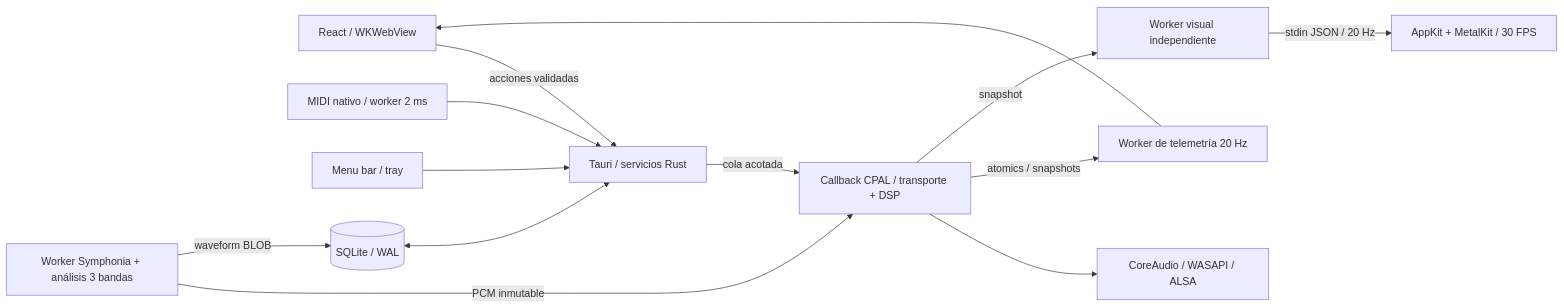
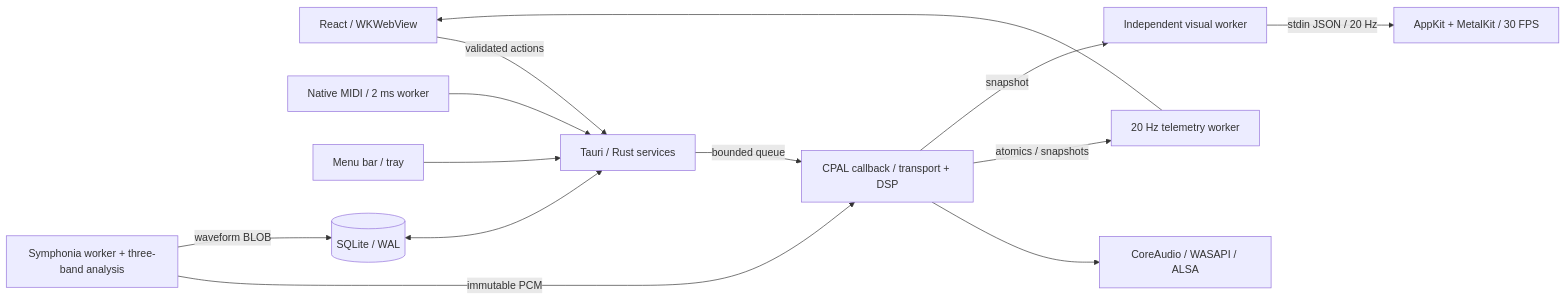
The diagram in docs/ARCHITECTURE.md (nu9ve/curado), drawn with Mermaid before and after one commit. The commit also changed other lines of this file and 17 other files, not shown here.

````diff
--- a/docs/ARCHITECTURE.md
+++ b/docs/ARCHITECTURE.md
@@ -5,15 +5,15 @@
 ```mermaid
 flowchart LR
-  UI[React / WKWebView] -->|acciones validadas| APP[Tauri / servicios Rust]
-  MIDI[MIDI nativo / worker 2 ms] --> APP
+  UI[React / WKWebView] -->|validated actions| APP[Tauri / Rust services]
+  MIDI[Native MIDI / 2 ms worker] --> APP
   TRAY[Menu bar / tray] --> APP
-  APP -->|cola acotada| AUDIO[Callback CPAL / transporte + DSP]
+  APP -->|bounded queue| AUDIO[CPAL callback / transport + DSP]
   DB[(SQLite / WAL)] <--> APP
-  DECODE[Worker Symphonia + análisis 3 bandas] -->|PCM inmutable| AUDIO
+  DECODE[Symphonia worker + three-band analysis] -->|immutable PCM| AUDIO
   DECODE -->|waveform BLOB| DB
   AUDIO --> OS[CoreAudio / WASAPI / ALSA]
-  AUDIO -->|atomics / snapshots| TELE[Worker de telemetría 20 Hz]
+  AUDIO -->|atomics / snapshots| TELE[20 Hz telemetry worker]
   TELE --> UI
-  AUDIO -->|snapshot| VIS[Worker visual independiente]
+  AUDIO -->|snapshot| VIS[Independent visual worker]
   VIS -->|stdin JSON / 20 Hz| METAL[AppKit + MetalKit / 30 FPS]
 ```
````
